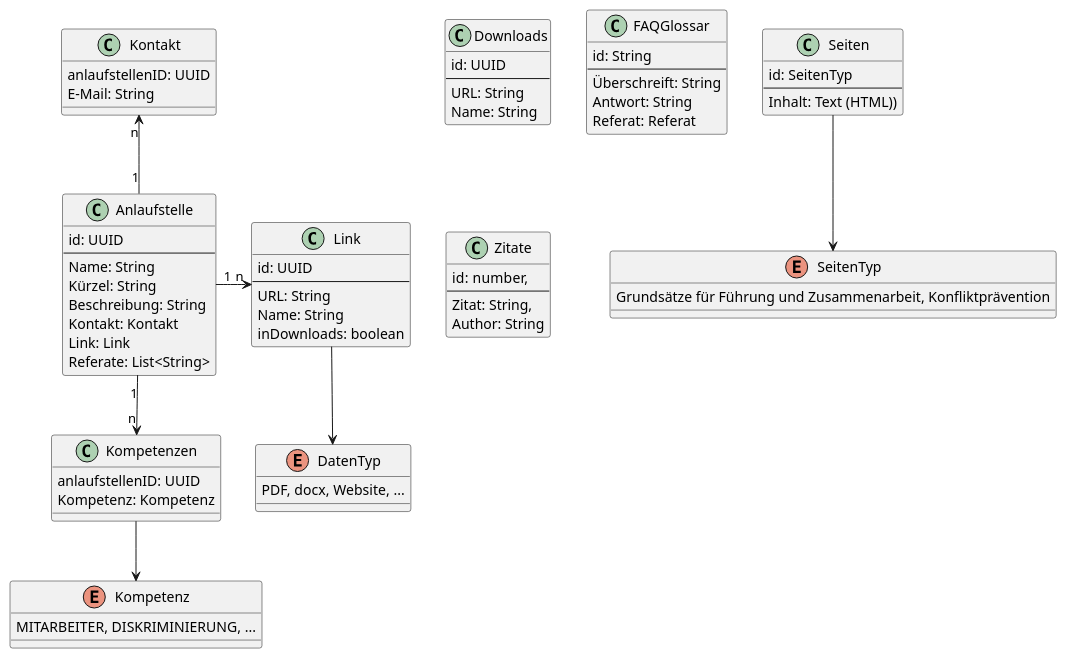
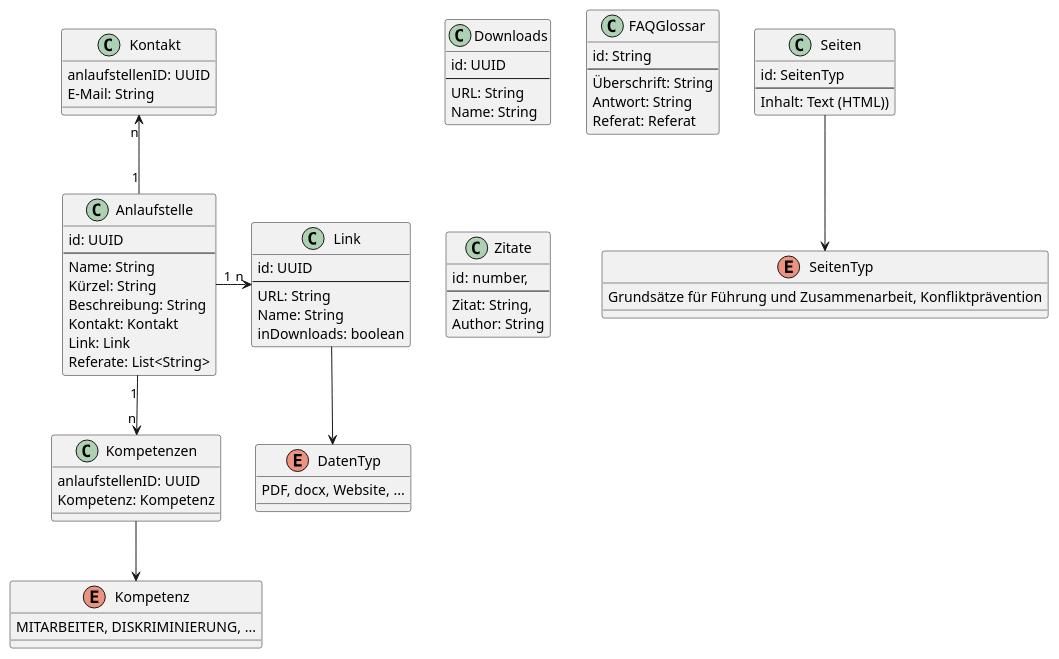
The diagram in src/main/java/de/muenchen/kobit/backend/docs/erm.puml (it-at-m/kobit-backend), drawn with PlantUML before and after one commit. The commit also changed 23 other files, not shown here.

```diff
--- a/src/main/java/de/muenchen/kobit/backend/docs/erm.puml
+++ b/src/main/java/de/muenchen/kobit/backend/docs/erm.puml
@@ -1,79 +1,79 @@
 @startuml
 
 class Anlaufstelle {
     id: UUID
     ----
     Name: String
     Kürzel: String
     Beschreibung: String
     Kontakt: Kontakt
     Link: Link
     Referate: List<String>
 }
 
 class Kompetenzen {
     anlaufstellenID: UUID
     Kompetenz: Kompetenz
 }
 
 enum Kompetenz {
     MITARBEITER, DISKRIMINIERUNG, ...
 }
 
 'Kontakte trotz eines Feldes als extra Tabelle um mehrere Mail Adressen abdecken zu können.
 class Kontakt {
     anlaufstellenID: UUID
     E-Mail: String
 }
 
 class Link {
     id: UUID
     ---
     URL: String
     Name: String
     inDownloads: boolean
 }
 
 class Downloads {
     id: UUID
     ---
     URL: String
     Name: String
 }
 enum DatenTyp {
     PDF, docx, Website, ...
 }
 
 class FAQGlossar {
     id: String
     ---
-    Überschreift: String
+    Überschrift: String
     Antwort: String
     Referat: Referat
 }
 
 class Seiten {
     id: SeitenTyp
     ---
     Inhalt: Text (HTML))
 }
 enum SeitenTyp {
 Grundsätze für Führung und Zusammenarbeit, Konfliktprävention
 }
 
 class Zitate {
     id: number,
     ---
     Zitat: String,
     Author: String
 }
 
 
 Anlaufstelle "1"-u->"n" Kontakt
 Anlaufstelle "1"-r->"n" Link
 Anlaufstelle "1"-->"n" Kompetenzen
 Kompetenzen --> Kompetenz
 Link --> DatenTyp
 Seiten --> SeitenTyp
 
 @enduml
```
